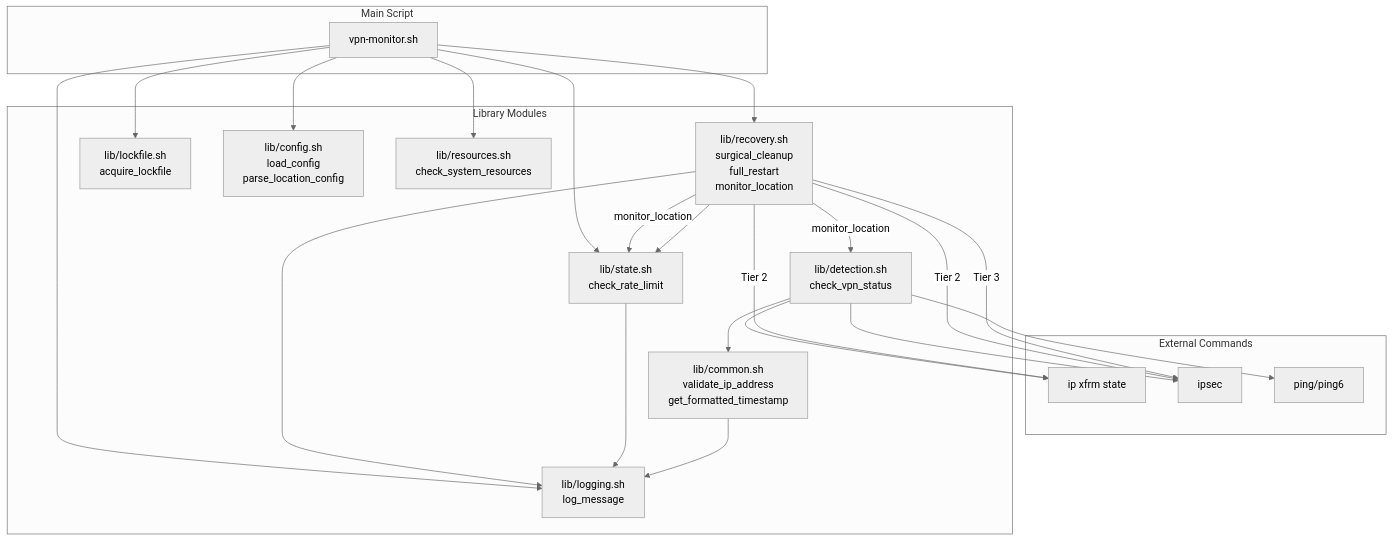
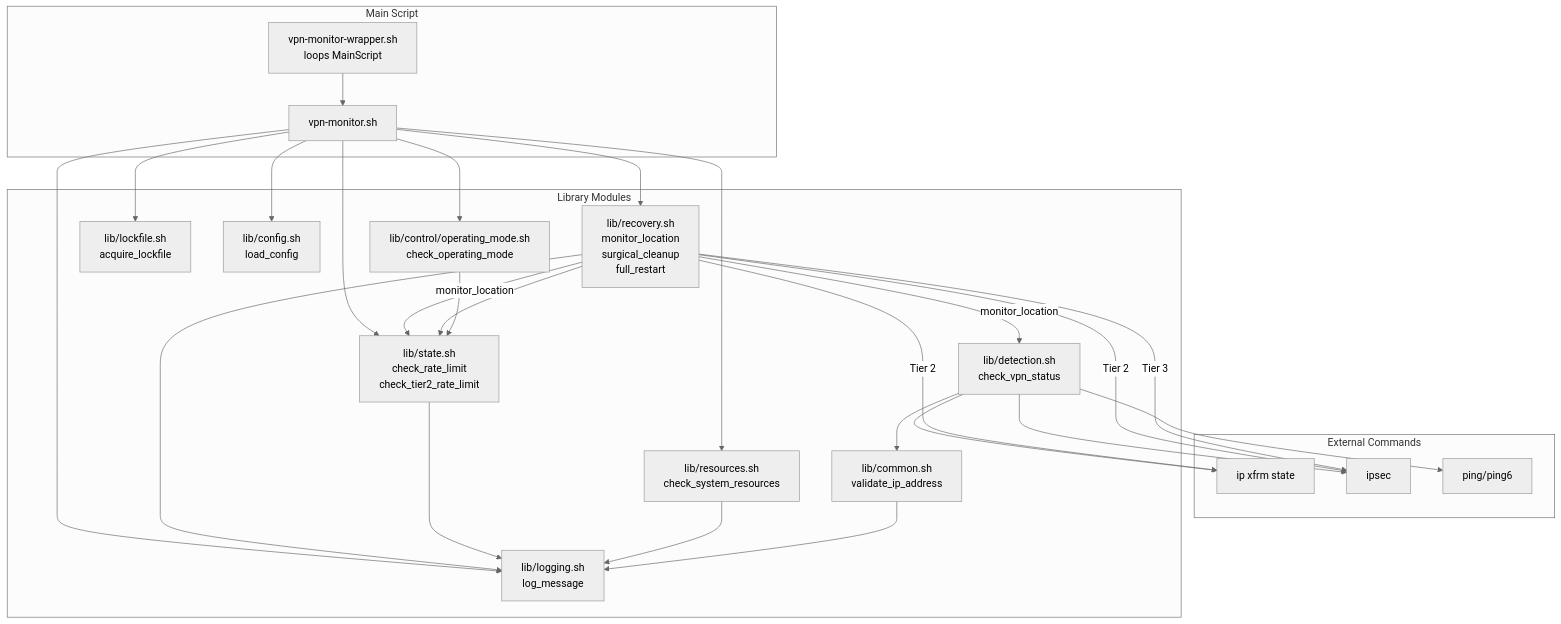
One commit to Eccentric-Quality-Solutions/udm-vpn-monitor changed the seventh of 7 diagrams in docs/reference/ARCHITECTURE.md. Above: the diagram before and after it, drawn with Mermaid (neutral theme). The commit also changed other lines of this file and 3 other files, not shown here.

````diff
--- a/docs/reference/ARCHITECTURE.md
+++ b/docs/reference/ARCHITECTURE.md
@@ -1400,47 +1426,53 @@
 ```mermaid
 graph TB
     subgraph "External Commands"
         IP[ip xfrm state]
         Ipsec[ipsec]
         PingCmd[ping/ping6]
     end
 
     subgraph "Main Script"
         MainScript[vpn-monitor.sh]
+        WrapperScript[vpn-monitor-wrapper.sh<br/>loops MainScript]
     end
 
     subgraph "Library Modules"
         DetectionLib[lib/detection.sh<br/>check_vpn_status]
-        RecoveryLib[lib/recovery.sh<br/>surgical_cleanup<br/>full_restart<br/>monitor_location]
-        StateLib[lib/state.sh<br/>check_rate_limit]
+        RecoveryLib[lib/recovery.sh<br/>monitor_location<br/>surgical_cleanup<br/>full_restart]
+        StateLib[lib/state.sh<br/>check_rate_limit<br/>check_tier2_rate_limit]
         LockfileLib[lib/lockfile.sh<br/>acquire_lockfile]
-        ConfigLib[lib/config.sh<br/>load_config<br/>parse_location_config]
+        ConfigLib[lib/config.sh<br/>load_config]
         LoggingLib[lib/logging.sh<br/>log_message]
         ResourcesLib[lib/resources.sh<br/>check_system_resources]
-        CommonLib[lib/common.sh<br/>validate_ip_address<br/>get_formatted_timestamp]
+        OperatingModeLib[lib/control/operating_mode.sh<br/>check_operating_mode]
+        CommonLib[lib/common.sh<br/>validate_ip_address]
     end
 
+    WrapperScript --> MainScript
     MainScript --> LockfileLib
     MainScript --> ConfigLib
     MainScript --> StateLib
     MainScript --> LoggingLib
     MainScript --> ResourcesLib
+    MainScript --> OperatingModeLib
     MainScript --> RecoveryLib
 
     RecoveryLib -->|monitor_location| DetectionLib
     RecoveryLib -->|monitor_location| StateLib
 
     DetectionLib --> IP
     DetectionLib --> Ipsec
     DetectionLib --> PingCmd
     DetectionLib --> CommonLib
 
     RecoveryLib -->|Tier 2| IP
     RecoveryLib -->|Tier 2| Ipsec
     RecoveryLib -->|Tier 3| Ipsec
     RecoveryLib --> StateLib
     RecoveryLib --> LoggingLib
 
     StateLib --> LoggingLib
+    ResourcesLib --> LoggingLib
+    OperatingModeLib --> StateLib
     CommonLib --> LoggingLib
 ```
````
